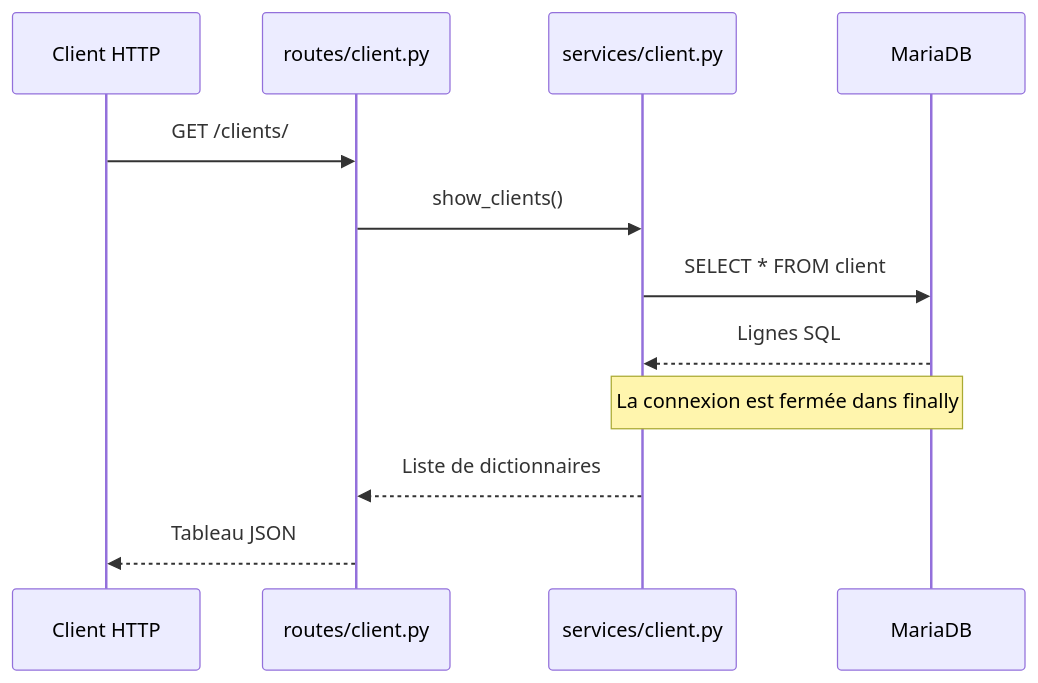
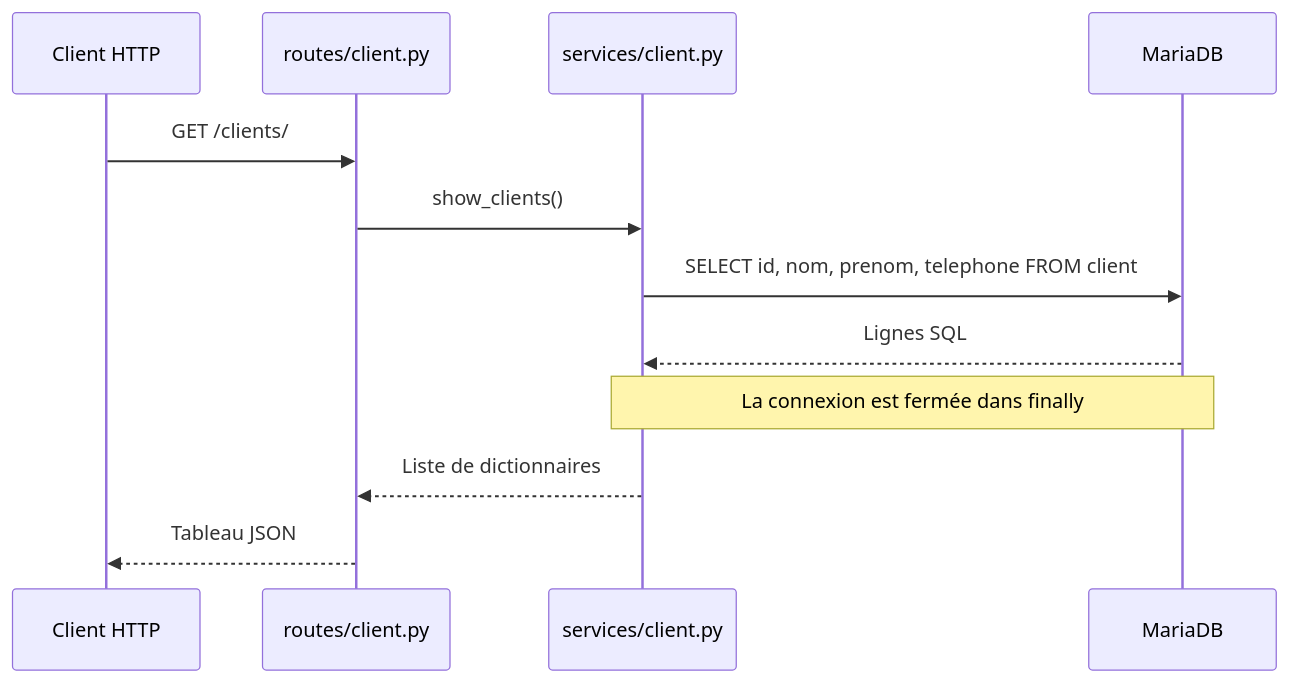
Before and after one commit to Infinitium4/DEV-APP-METIER: the diagram in README.md, drawn with Mermaid. The commit also changed other lines of this file and 7 other files, not shown here.

````diff
--- a/README.md
+++ b/README.md
@@ -67,14 +69,14 @@
 ```mermaid
 sequenceDiagram
     participant HTTP as Client HTTP
     participant Route as routes/client.py
     participant Service as services/client.py
     participant BDD as MariaDB
     HTTP->>Route: GET /clients/
     Route->>Service: show_clients()
-    Service->>BDD: SELECT * FROM client
+    Service->>BDD: SELECT id, nom, prenom, telephone FROM client
     BDD-->>Service: Lignes SQL
     Note over Service,BDD: La connexion est fermée dans finally
     Service-->>Route: Liste de dictionnaires
     Route-->>HTTP: Tableau JSON
 ```
````
